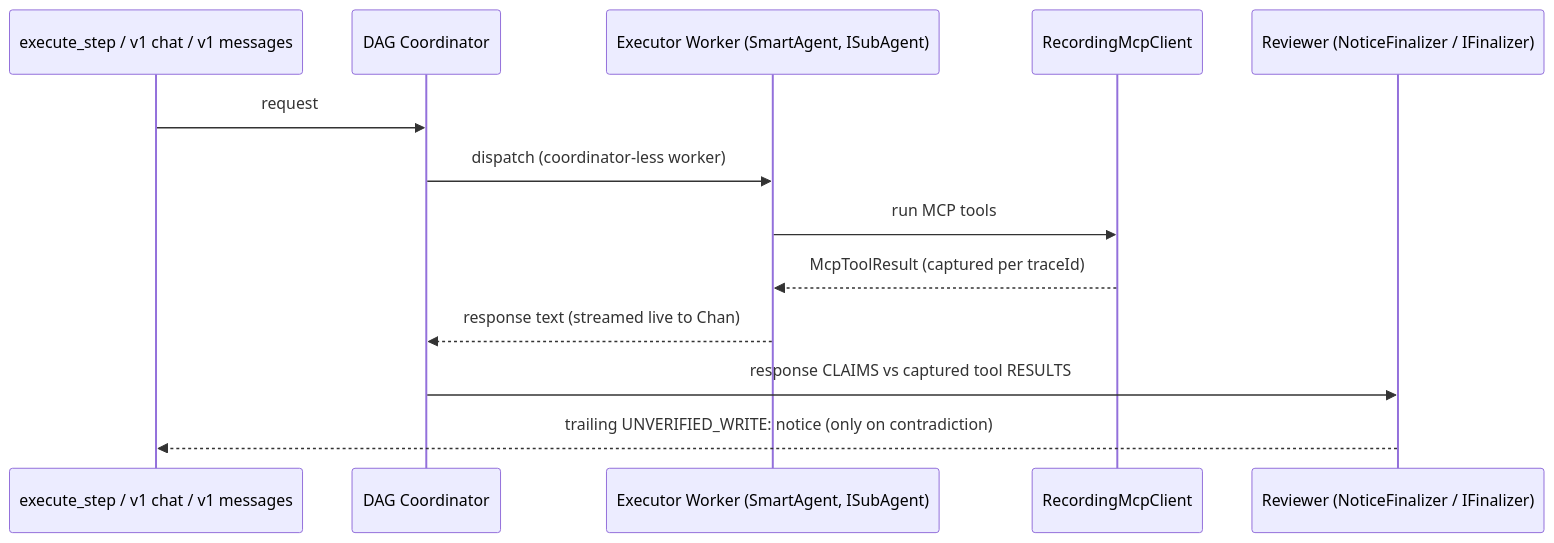
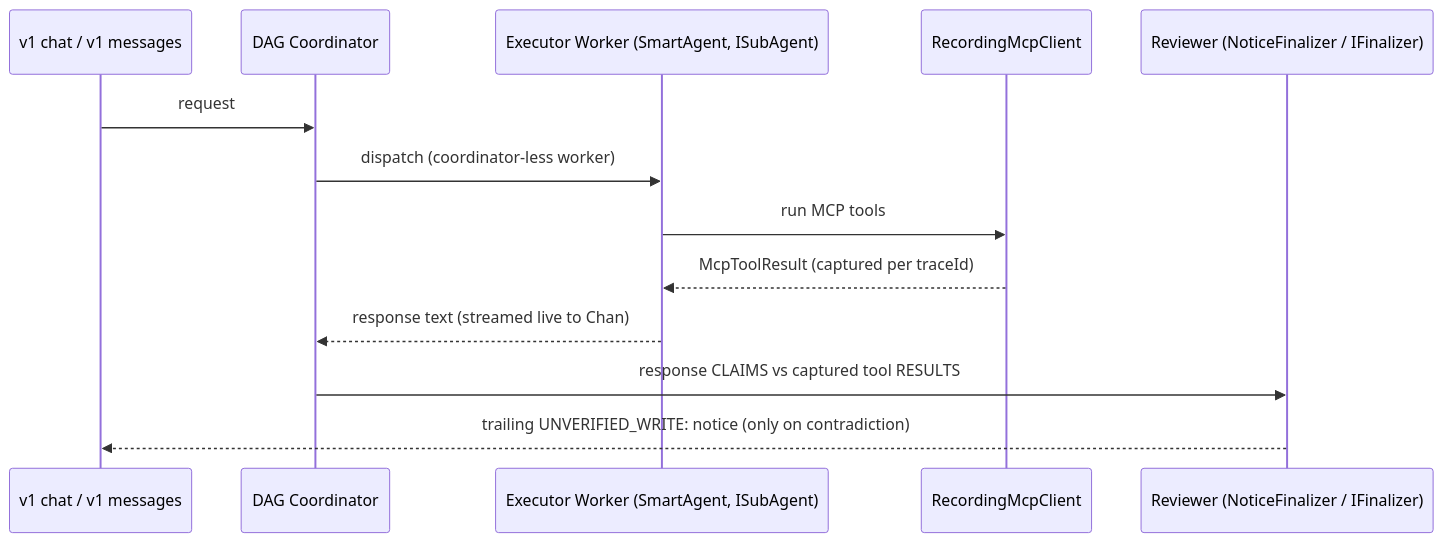
Diagram 13 of 24 in docs/architecture/ARCHITECTURE.md (fr0ster/cloud-llm-hub), drawn with Mermaid before and after one commit. The commit also changed other lines of this file and 28 other files, not shown here.

````diff
--- a/docs/architecture/ARCHITECTURE.md
+++ b/docs/architecture/ARCHITECTURE.md
@@ -759,16 +759,16 @@
 ```mermaid
 sequenceDiagram
-    participant Chan as execute_step / v1 chat / v1 messages
+    participant Chan as v1 chat / v1 messages
     participant Coord as DAG Coordinator
     participant Exec as Executor Worker (SmartAgent, ISubAgent)
     participant Rec as RecordingMcpClient
     participant Rev as Reviewer (NoticeFinalizer / IFinalizer)
 
     Chan->>Coord: request
     Coord->>Exec: dispatch (coordinator-less worker)
     Exec->>Rec: run MCP tools
     Rec-->>Exec: McpToolResult (captured per traceId)
     Exec-->>Coord: response text (streamed live to Chan)
     Coord->>Rev: response CLAIMS vs captured tool RESULTS
     Rev-->>Chan: trailing UNVERIFIED_WRITE: notice (only on contradiction)
 ```
````
